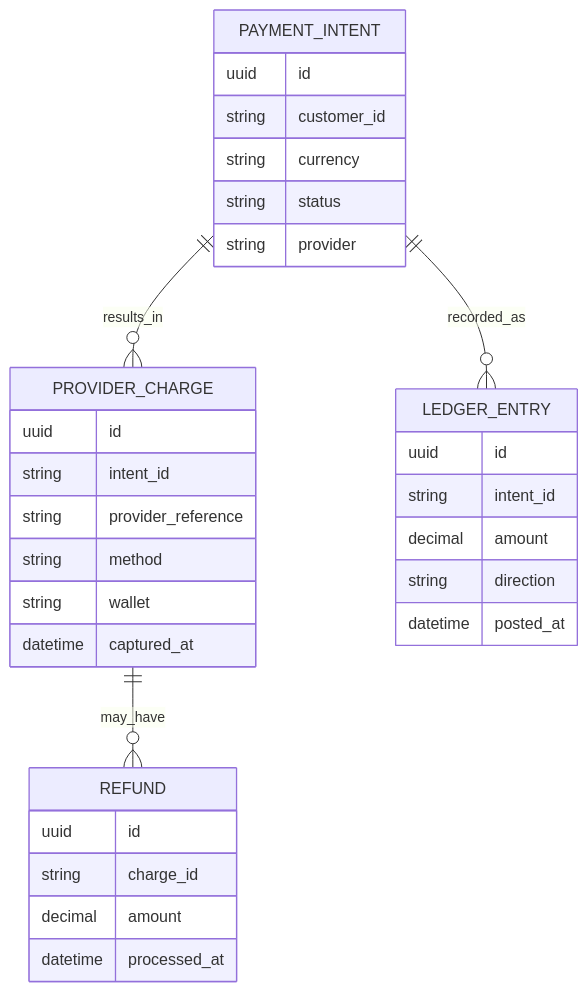
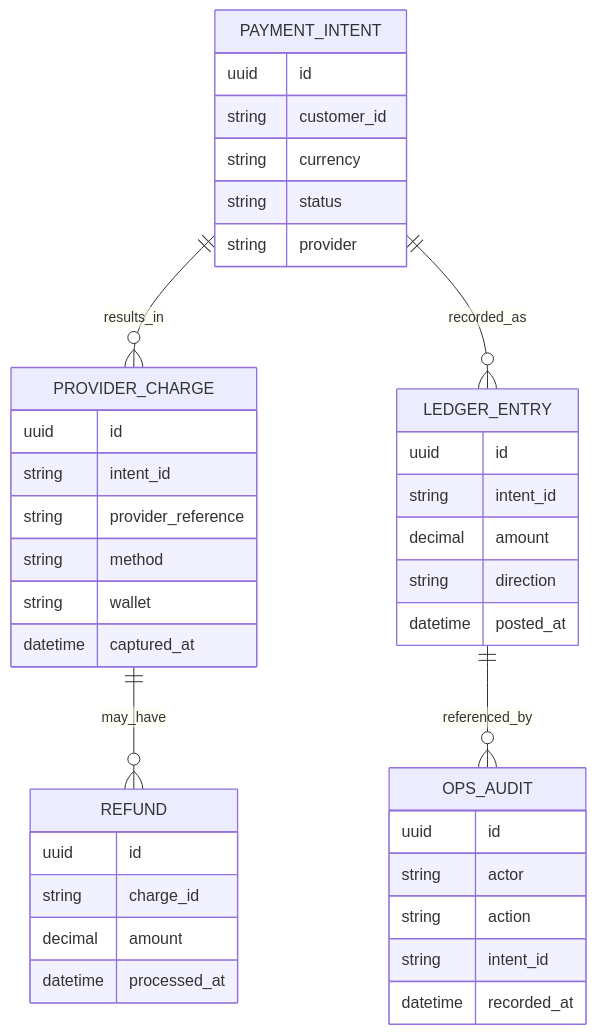
Before and after one commit to marcelkenner/clarivum: the diagram in docs/diagrams/adr-011-payments-and-checkout-orchestration/data-lineage.mmd, drawn with Mermaid. The commit also changed 110 other files, not shown here.

````diff
--- a/docs/diagrams/adr-011-payments-and-checkout-orchestration/data-lineage.mmd
+++ b/docs/diagrams/adr-011-payments-and-checkout-orchestration/data-lineage.mmd
@@ -1,34 +1,42 @@
 ```mermaid
 erDiagram
     PAYMENT_INTENT {
         uuid id
         string customer_id
         string currency
         string status
         string provider
     }
     PROVIDER_CHARGE {
         uuid id
         string intent_id
         string provider_reference
         string method
         string wallet
         datetime captured_at
     }
     REFUND {
         uuid id
         string charge_id
         decimal amount
         datetime processed_at
     }
     LEDGER_ENTRY {
         uuid id
         string intent_id
         decimal amount
         string direction
         datetime posted_at
     }
+    OPS_AUDIT {
+        uuid id
+        string actor
+        string action
+        string intent_id
+        datetime recorded_at
+    }
     PAYMENT_INTENT ||--o{ PROVIDER_CHARGE : results_in
     PROVIDER_CHARGE ||--o{ REFUND : may_have
     PAYMENT_INTENT ||--o{ LEDGER_ENTRY : recorded_as
+    LEDGER_ENTRY ||--o{ OPS_AUDIT : referenced_by
 ```
````
